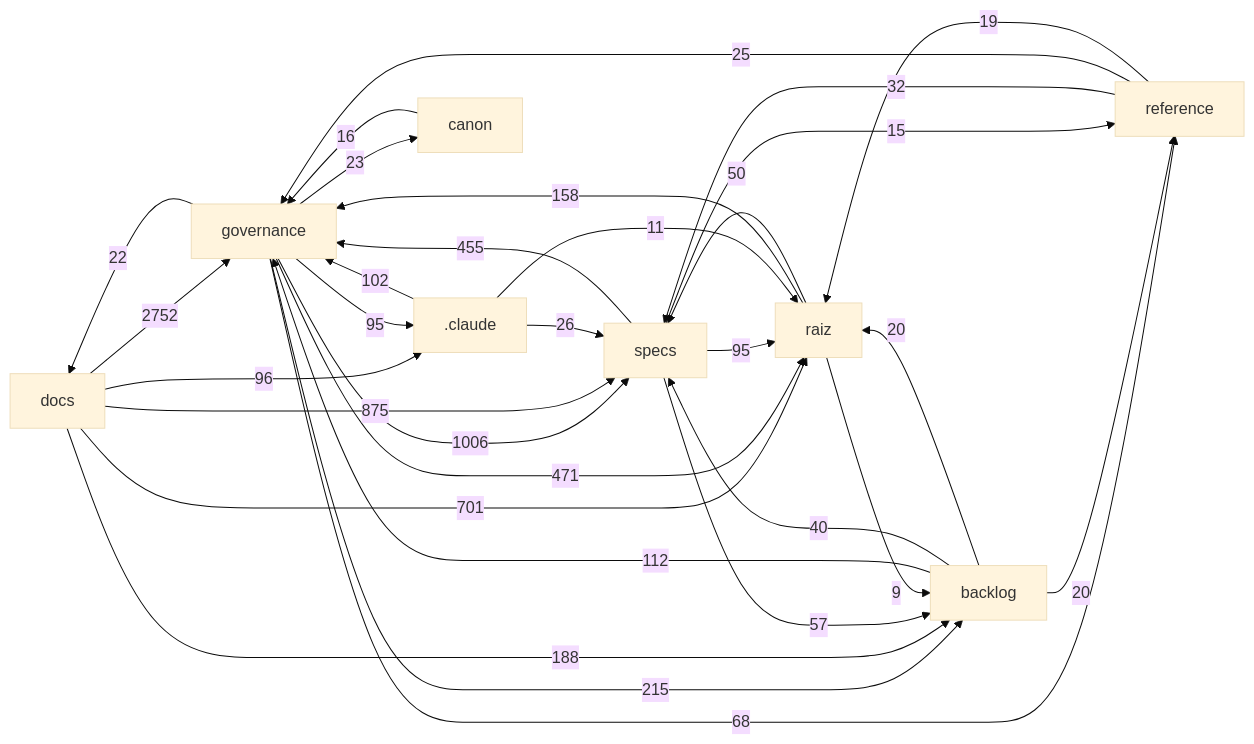
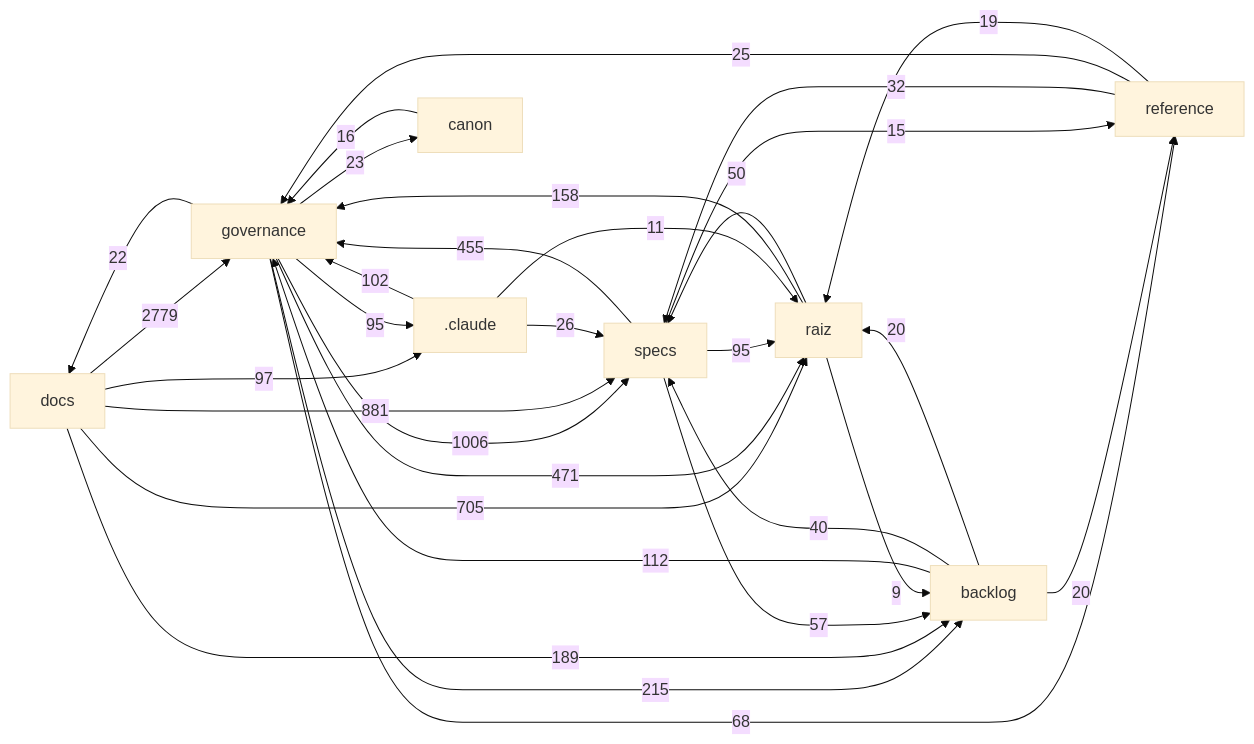
The diagram in docs/mapa/MAPA-PROJETO.md (Andraus35/Sistema-Operacional-de-Trading--SOT), drawn with Mermaid (base theme) before and after one commit. The commit also changed other lines of this file and 3 other files, not shown here.

````diff
--- a/docs/mapa/MAPA-PROJETO.md
+++ b/docs/mapa/MAPA-PROJETO.md
@@ -29,33 +29,33 @@
 ```mermaid
 flowchart LR
-  docs["docs"] -->|2752| governance["governance"]
+  docs["docs"] -->|2779| governance["governance"]
   governance["governance"] -->|1006| specs["specs"]
-  docs["docs"] -->|875| specs["specs"]
-  docs["docs"] -->|701| raiz["raiz"]
+  docs["docs"] -->|881| specs["specs"]
+  docs["docs"] -->|705| raiz["raiz"]
   governance["governance"] -->|471| raiz["raiz"]
   specs["specs"] -->|455| governance["governance"]
   governance["governance"] -->|215| backlog["backlog"]
-  docs["docs"] -->|188| backlog["backlog"]
+  docs["docs"] -->|189| backlog["backlog"]
   raiz["raiz"] -->|158| governance["governance"]
   backlog["backlog"] -->|112| governance["governance"]
   _claude[".claude"] -->|102| governance["governance"]
-  docs["docs"] -->|96| _claude[".claude"]
+  docs["docs"] -->|97| _claude[".claude"]
   governance["governance"] -->|95| _claude[".claude"]
   specs["specs"] -->|95| raiz["raiz"]
   governance["governance"] -->|68| reference["reference"]
   specs["specs"] -->|57| backlog["backlog"]
   raiz["raiz"] -->|50| specs["specs"]
   backlog["backlog"] -->|40| specs["specs"]
   reference["reference"] -->|32| specs["specs"]
   _claude[".claude"] -->|26| specs["specs"]
   reference["reference"] -->|25| governance["governance"]
   governance["governance"] -->|23| canon["canon"]
   governance["governance"] -->|22| docs["docs"]
   backlog["backlog"] -->|20| raiz["raiz"]
   backlog["backlog"] -->|20| reference["reference"]
   reference["reference"] -->|19| raiz["raiz"]
   canon["canon"] -->|16| governance["governance"]
   specs["specs"] -->|15| reference["reference"]
   _claude[".claude"] -->|11| raiz["raiz"]
   raiz["raiz"] -->|9| backlog["backlog"]
 ```
````
